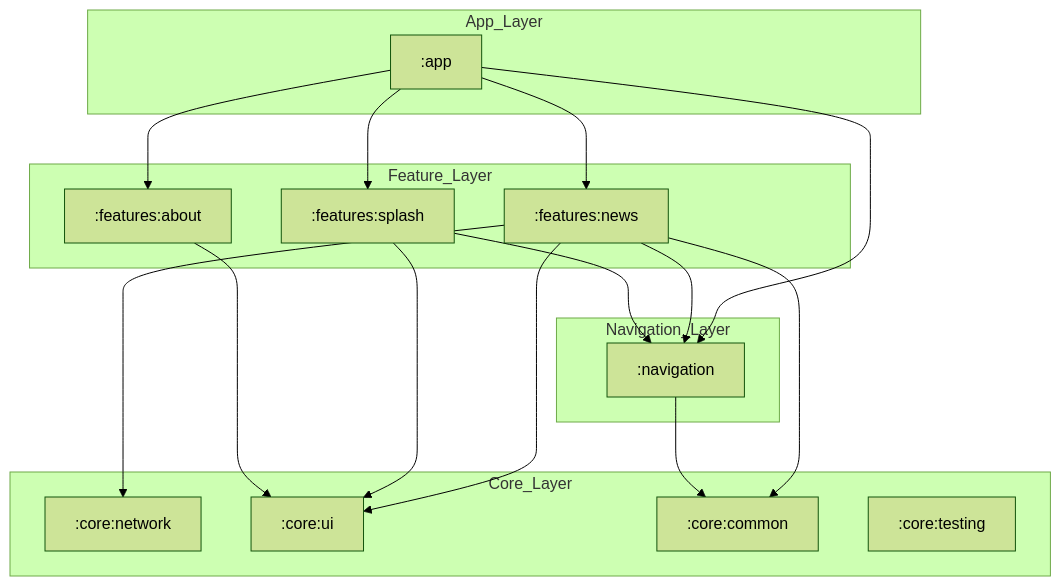
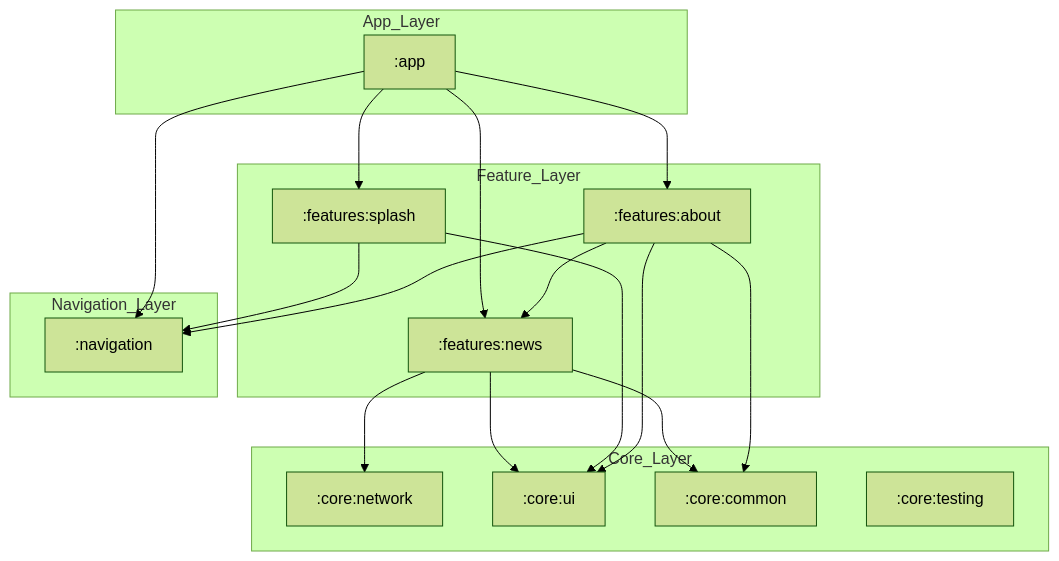
The first of 2 diagrams in README.md (muharifandi/compose-mvi), drawn with Mermaid (forest theme) before and after one commit.

Commit message:
docs: correct dependency graph in README

````diff
--- a/README.md
+++ b/README.md
@@ -35,39 +35,41 @@
 ```mermaid
 graph TD
     subgraph App_Layer
         APP[":app"]
     end
 
     subgraph Feature_Layer
         FEAT_NEWS[":features:news"]
         FEAT_SPLASH[":features:splash"]
         FEAT_ABOUT[":features:about"]
     end
 
     subgraph Navigation_Layer
         NAV[":navigation"]
     end
 
     subgraph Core_Layer
         CORE_NET[":core:network"]
         CORE_UI[":core:ui"]
         CORE_COM[":core:common"]
         CORE_TEST[":core:testing"]
     end
 
     APP --> FEAT_NEWS
     APP --> FEAT_SPLASH
     APP --> FEAT_ABOUT
     APP --> NAV
 
-    FEAT_NEWS --> NAV
     FEAT_SPLASH --> NAV
+    FEAT_ABOUT --> NAV
+    
+    FEAT_ABOUT --> FEAT_NEWS
     
     FEAT_NEWS --> CORE_NET
     FEAT_NEWS --> CORE_COM
     FEAT_NEWS --> CORE_UI
     
-    NAV --> CORE_COM
     FEAT_SPLASH --> CORE_UI
     FEAT_ABOUT --> CORE_UI
+    FEAT_ABOUT --> CORE_COM
 ```
````
